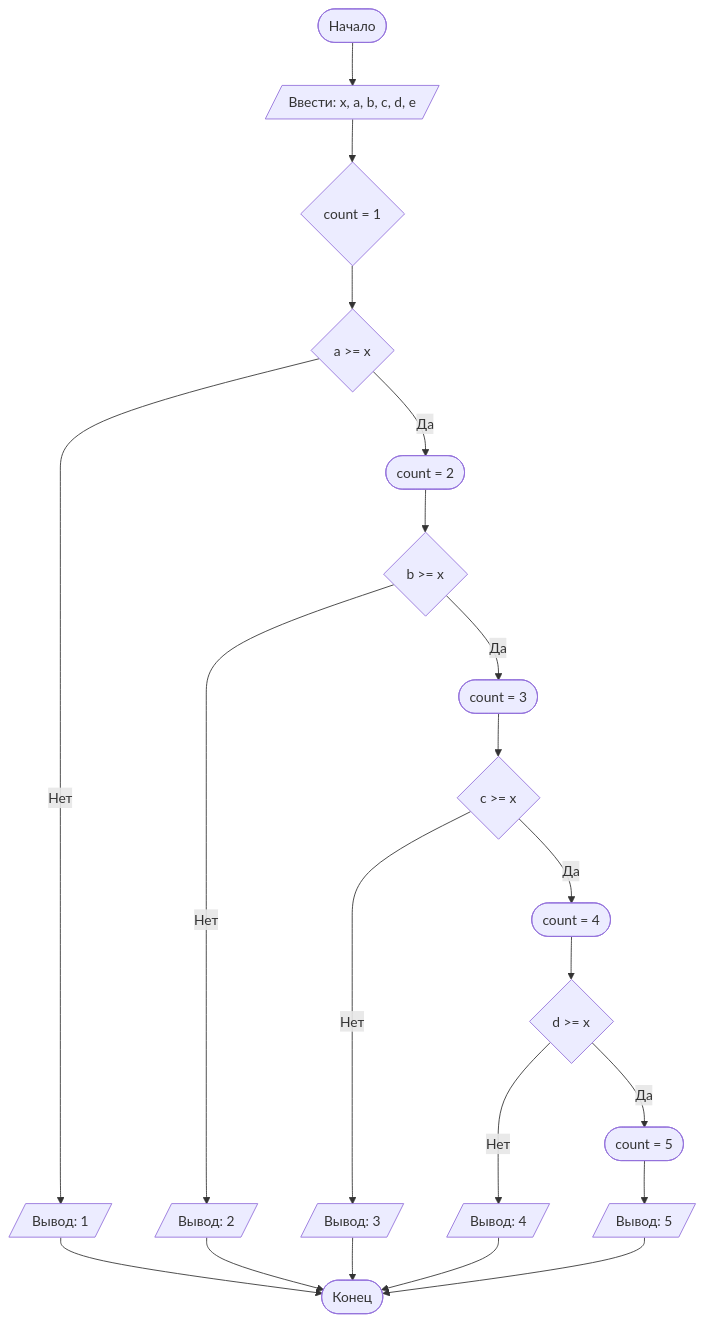
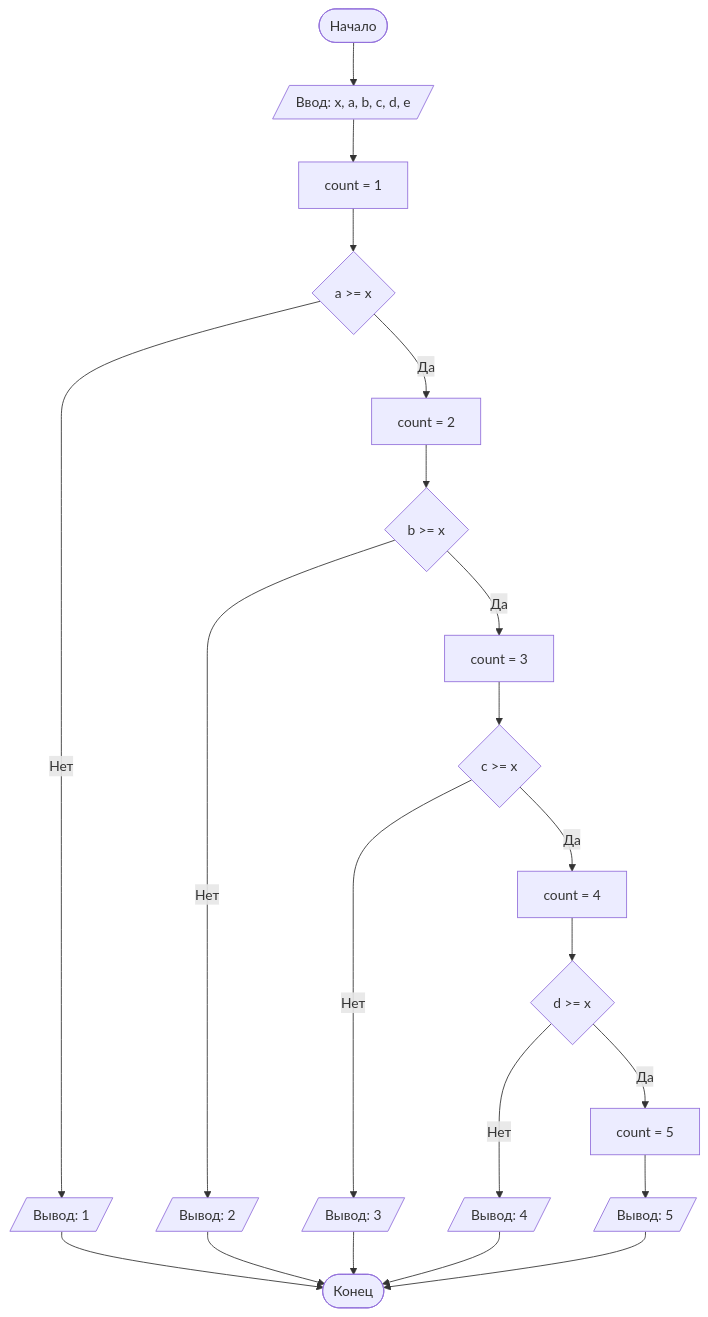
One commit to mariaplaksa/Lab1 changed the diagram in README.md. Above: the diagram before and after it, drawn with Mermaid.

````diff
--- a/README.md
+++ b/README.md
@@ -85,24 +85,24 @@
 ```mermaid
 graph TD
-    A([Начало]) --> B[/Ввести: x, a, b, c, d, e/]
-    B --> C{count = 1}
+    A([Начало]) --> B[/Ввод: x, a, b, c, d, e/]
+    B --> C[count = 1]
     C --> D{a >= x}
     D -- Нет --> E[/Вывод: 1/]
-    D -- Да --> H([count = 2])
+    D -- Да --> H[count = 2]
     H --> J{b >= x}
-    J -- Да --> K([count = 3])
+    J -- Да --> K[count = 3]
     J -- Нет --> I[/Вывод: 2/]
     K --> M{c >= x}
     M -- Нет --> L[/Вывод: 3/]
-    M -- Да --> N([count = 4])
+    M -- Да --> N[count = 4]
     N --> P{d >= x}
     P -- Нет --> O[/Вывод: 4/]
-    P -- Да --> Q([count = 5])
+    P -- Да --> Q[count = 5]
     Q --> R[/Вывод: 5/]
     E --> S
     I --> S
     L --> S
     O --> S
     R --> S([Конец])
 
 ```
````
